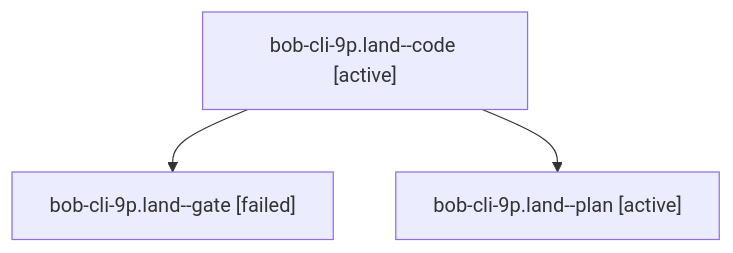
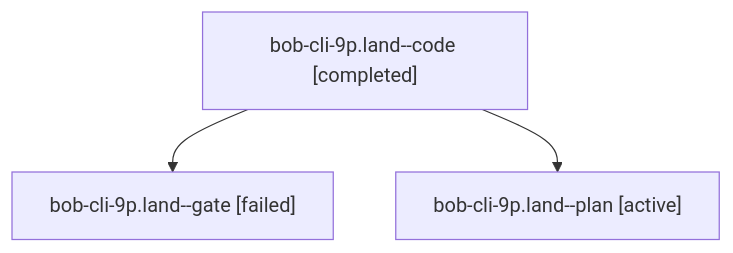
One commit to bobs-org/bob-cli--agents changed the diagram in sessions/bbugyi200.athena.bob-cli-9p.land.md. Above: the diagram before and after it, drawn with Mermaid. The commit also changed other lines of this file and 48 other files, not shown here.

````diff
--- a/sessions/bbugyi200.athena.bob-cli-9p.land.md
+++ b/sessions/bbugyi200.athena.bob-cli-9p.land.md
@@ -9,8 +9,8 @@
 ```mermaid
 flowchart TD
-  n0["bob-cli-9p.land--code [active]"]
+  n0["bob-cli-9p.land--code [completed]"]
   n1["bob-cli-9p.land--gate [failed]"]
   n0 --> n1
   n2["bob-cli-9p.land--plan [active]"]
   n0 --> n2
 ```
````
